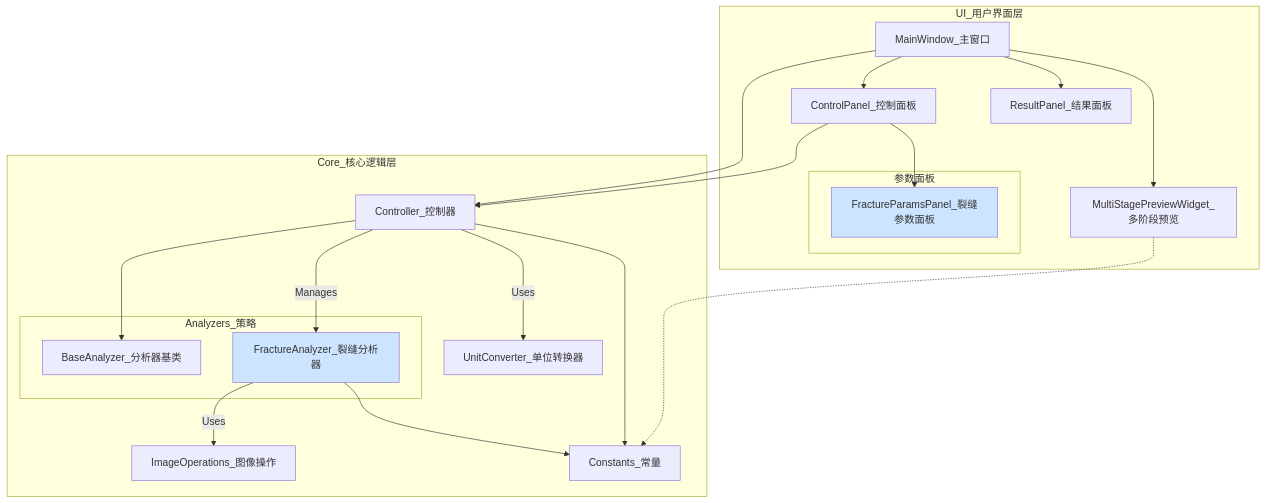
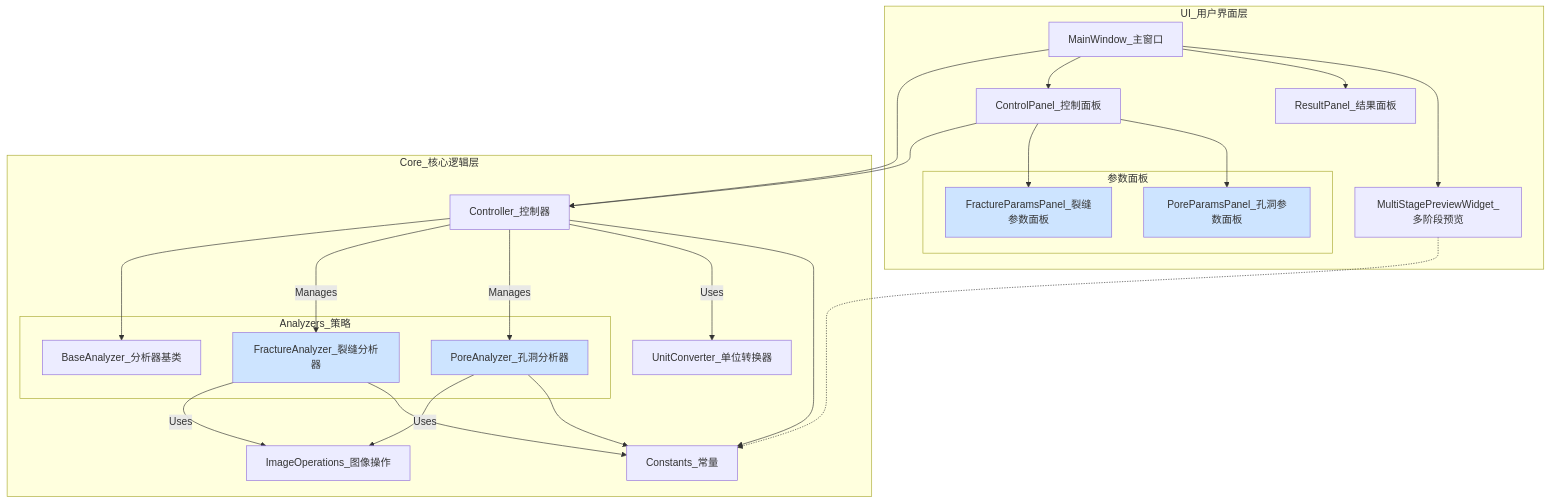
One commit to hanwantracters/yan_xin_shi_bie changed the first of 3 diagrams in mermaid.md. Above: the diagram before and after it, drawn with Mermaid. The commit also changed other lines of this file and 18 other files, not shown here.

````diff
--- a/mermaid.md
+++ b/mermaid.md
@@ -9,41 +9,49 @@
 ```mermaid
 graph TD
     subgraph UI_用户界面层
         MW[MainWindow_主窗口]
         CP[ControlPanel_控制面板]
         RP[ResultPanel_结果面板]
         MSPW[MultiStagePreviewWidget_多阶段预览]
         subgraph ParameterPanels [参数面板]
             FPP[FractureParamsPanel_裂缝参数面板]
+            PPP[PoreParamsPanel_孔洞参数面板]
             style FPP fill:#cde4ff
+            style PPP fill:#cde4ff
         end
     end
 
     subgraph Core_核心逻辑层
         C[Controller_控制器]
         subgraph Analyzers_策略
             BA[BaseAnalyzer_分析器基类]
             FA[FractureAnalyzer_裂缝分析器]
+            PA[PoreAnalyzer_孔洞分析器]
             style FA fill:#cde4ff
+            style PA fill:#cde4ff
         end
         UC[UnitConverter_单位转换器]
         IO[ImageOperations_图像操作]
         Const[Constants_常量]
     end
 
     %% Dependencies
     MW --> C
     MW --> CP
     MW --> RP
     MW --> MSPW
     CP --> C
     CP --> FPP
+    CP --> PPP
     
     C --> BA
     C -- "Manages" --> FA
+    C -- "Manages" --> PA
     FA -- "Uses" --> IO
+    PA -- "Uses" --> IO
     C -- "Uses" --> UC
     C --> Const
     FA --> Const
+    PA --> Const
     MSPW -.-> Const
 ```
````
